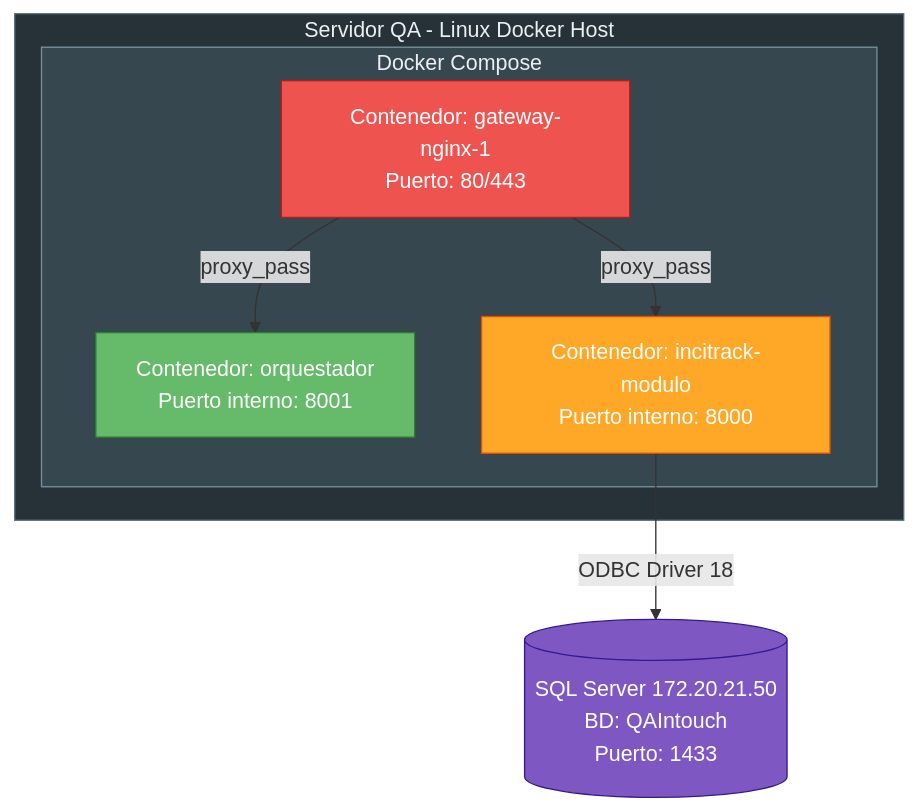
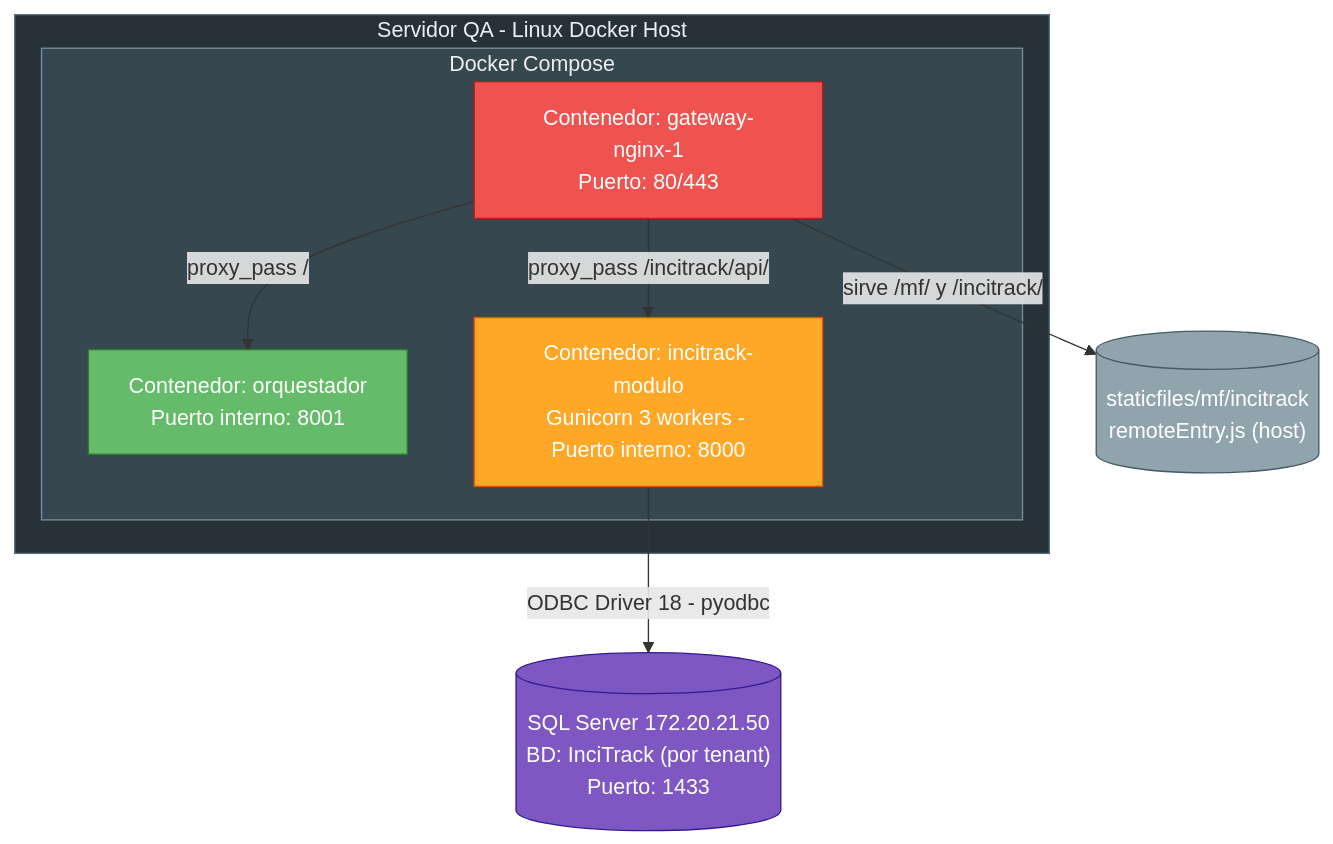
The fifth of 6 diagrams in arquitectura_incitrack.md (mauriciojilabert-svg/GranCrmEcosystem), drawn with Mermaid before and after one commit. The commit also changed other lines of this file and 5 other files, not shown here.

````diff
--- a/arquitectura_incitrack.md
+++ b/arquitectura_incitrack.md
@@ -166,23 +308,26 @@
 ```mermaid
 graph TB
     subgraph servidor ["Servidor QA - Linux Docker Host"]
         subgraph docker ["Docker Compose"]
             nginx_c["Contenedor: gateway-nginx-1<br/>Puerto: 80/443"]
             orq_c["Contenedor: orquestador<br/>Puerto interno: 8001"]
-            inci_c["Contenedor: incitrack-modulo<br/>Puerto interno: 8000"]
+            inci_c["Contenedor: incitrack-modulo<br/>Gunicorn 3 workers - Puerto interno: 8000"]
         end
     end
 
-    sqlserver[("SQL Server 172.20.21.50<br/>BD: QAIntouch<br/>Puerto: 1433")]
+    sqlserver[("SQL Server 172.20.21.50<br/>BD: InciTrack (por tenant)<br/>Puerto: 1433")]
+    static[("staticfiles/mf/incitrack<br/>remoteEntry.js (host)")]
 
-    nginx_c -->|"proxy_pass"| orq_c
-    nginx_c -->|"proxy_pass"| inci_c
-    inci_c -->|"ODBC Driver 18"| sqlserver
+    nginx_c -->|"proxy_pass /incitrack/api/"| inci_c
+    nginx_c -->|"proxy_pass /"| orq_c
+    nginx_c -->|"sirve /mf/ y /incitrack/"| static
+    inci_c -->|"ODBC Driver 18 - pyodbc"| sqlserver
 
     style servidor fill:#263238,stroke:#546e7a,color:#eceff1
     style docker fill:#37474f,stroke:#78909c,color:#eceff1
     style nginx_c fill:#ef5350,stroke:#b71c1c,color:#fff
     style orq_c fill:#66bb6a,stroke:#2e7d32,color:#fff
     style inci_c fill:#ffa726,stroke:#e65100,color:#fff
     style sqlserver fill:#7e57c2,stroke:#311b92,color:#fff
+    style static fill:#90a4ae,stroke:#455a64,color:#fff
 ```
````
